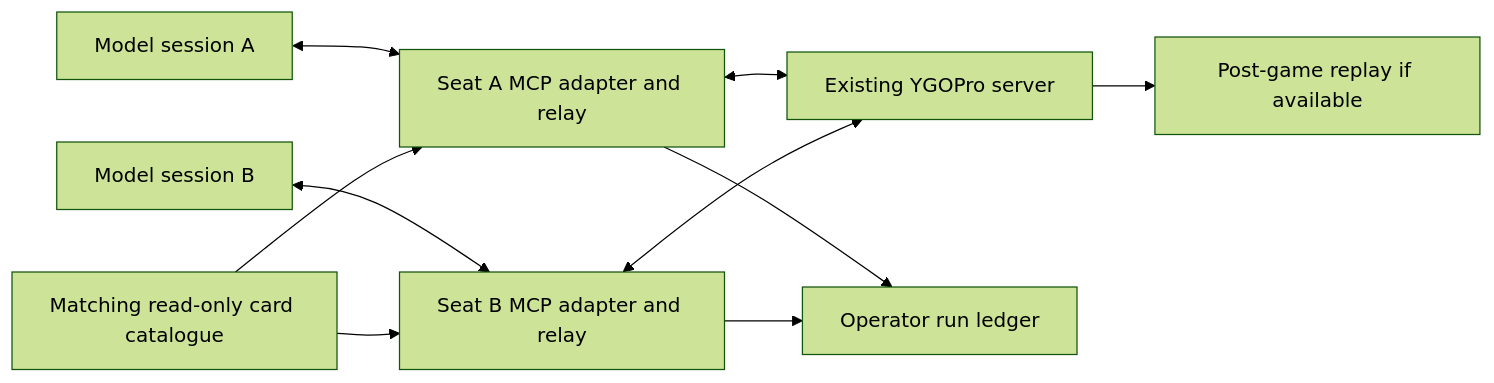
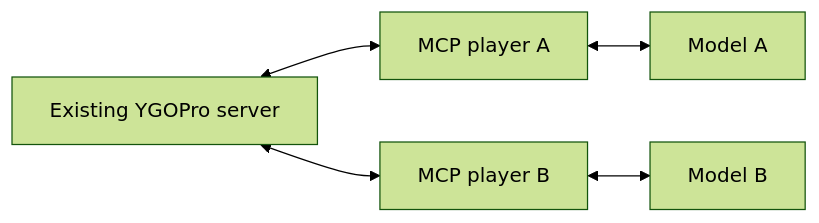
The diagram in docs/context/concept-zero.md (Lyther/YuGiOhBenchmark), drawn with Mermaid (forest theme) before and after one commit. The commit also changed other lines of this file and 1 other file, not shown here.

Commit message:
docs: simplify the concept around native YGOPro features

````diff
--- a/docs/context/concept-zero.md
+++ b/docs/context/concept-zero.md
@@ -174,12 +102,7 @@
 ```mermaid
 flowchart LR
-    A[Model session A] <--> SA[Seat A MCP adapter and relay]
-    B[Model session B] <--> SB[Seat B MCP adapter and relay]
-    SA <--> G[Existing YGOPro server]
-    SB <--> G
-    C[Matching read-only card catalogue] --> SA
-    C --> SB
-    SA --> L[Operator run ledger]
-    SB --> L
-    G --> R[Post-game replay if available]
+    G[Existing YGOPro server] <--> A[MCP player A]
+    G <--> B[MCP player B]
+    A <--> MA[Model A]
+    B <--> MB[Model B]
 ```
````
